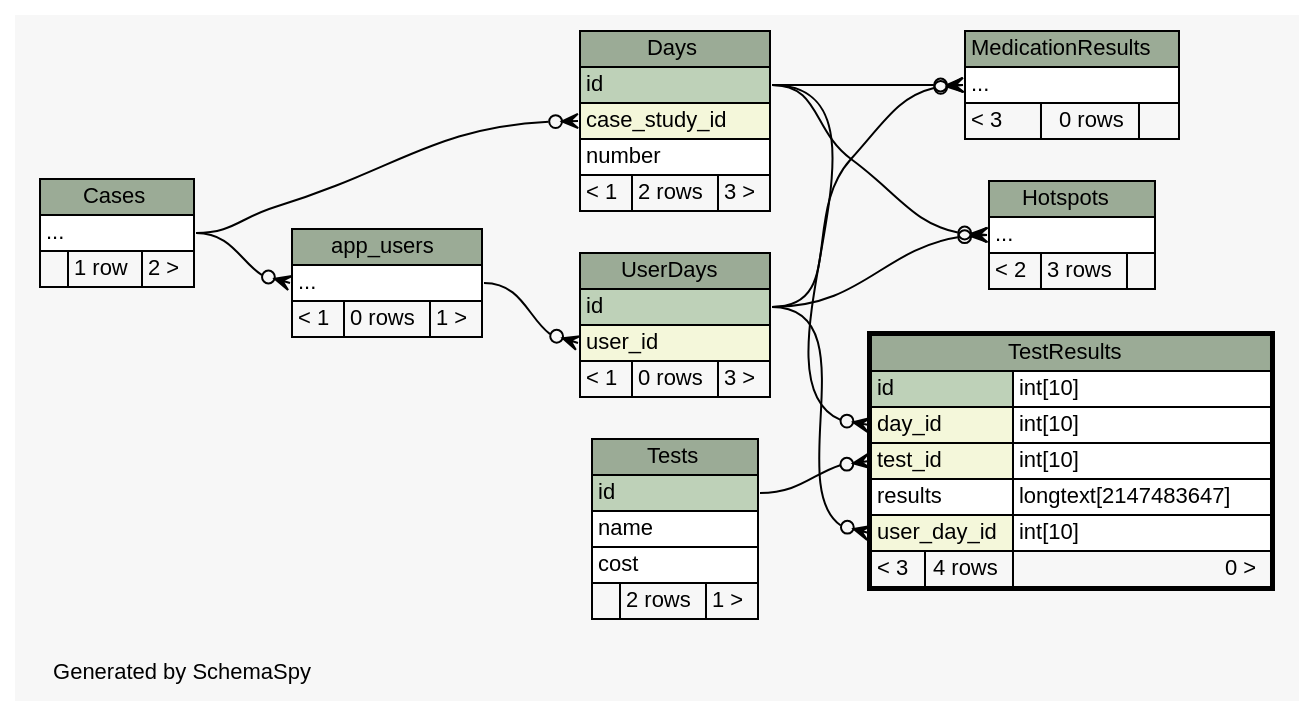
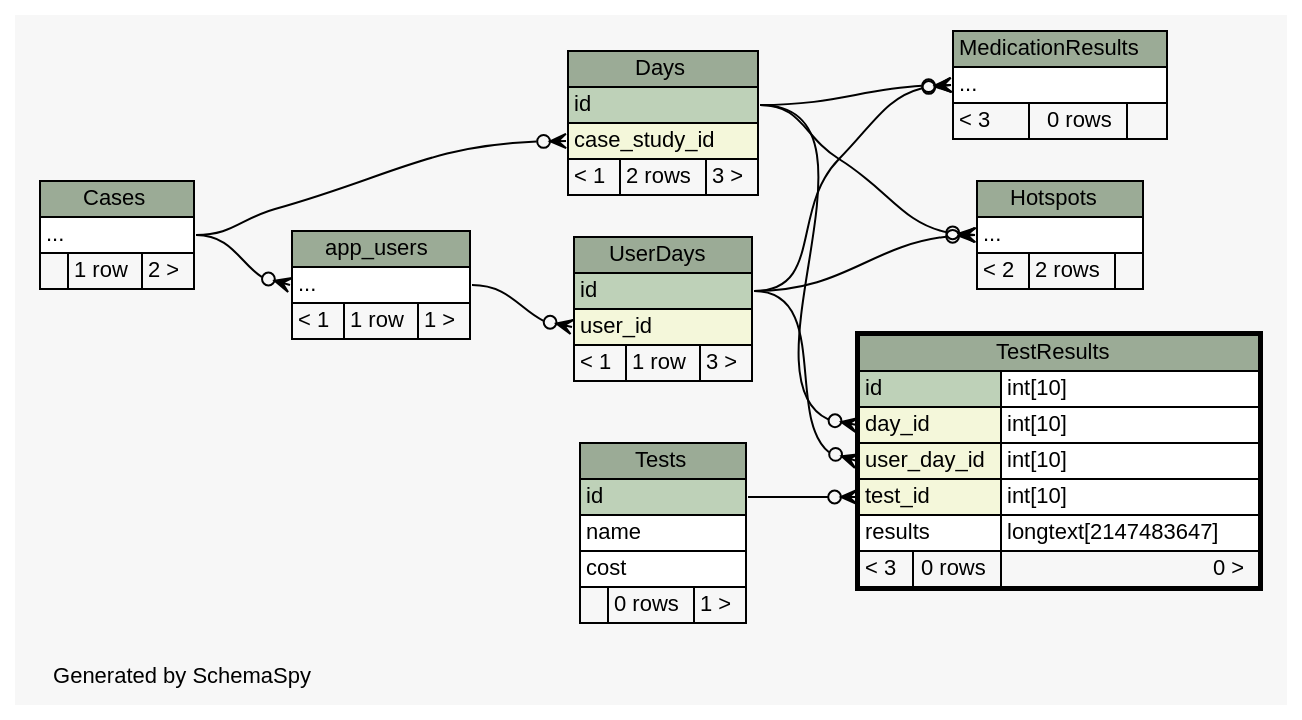
One commit to carrel2/CaseStudies changed the diagram in web/files/schema/diagrams/TestResults.2degrees.dot. Above: the diagram before and after it, drawn with Graphviz. The commit also changed 75 other files, not shown here.

```diff
--- a/web/files/schema/diagrams/TestResults.2degrees.dot
+++ b/web/files/schema/diagrams/TestResults.2degrees.dot
@@ -1,121 +1,120 @@
 // dot 2.38.0 on Linux 4.4.0-64-generic
 // SchemaSpy rev 590
 digraph "twoDegreesRelationshipsDiagram" {
   graph [
     rankdir="RL"
     bgcolor="#f7f7f7"
     label="\nGenerated by SchemaSpy"
     labeljust="l"
     nodesep="0.18"
     ranksep="0.46"
     fontname="Helvetica"
     fontsize="11"
   ];
   node [
     fontname="Helvetica"
     fontsize="11"
     shape="plaintext"
   ];
   edge [
     arrowsize="0.8"
   ];
   "app_users":"elipses":w -> "Cases":"elipses":e [arrowhead=none dir=back arrowtail=crowodot];
   "Days":"case_study_id":w -> "Cases":"elipses":e [arrowhead=none dir=back arrowtail=crowodot];
   "Hotspots":"elipses":w -> "Days":"id":e [arrowhead=none dir=back arrowtail=crowodot];
   "Hotspots":"elipses":w -> "UserDays":"id":e [arrowhead=none dir=back arrowtail=crowodot];
   "MedicationResults":"elipses":w -> "Days":"id":e [arrowhead=none dir=back arrowtail=crowodot];
   "MedicationResults":"elipses":w -> "UserDays":"id":e [arrowhead=none dir=back arrowtail=crowodot];
   "TestResults":"day_id":w -> "Days":"id":e [arrowhead=none dir=back arrowtail=crowodot];
   "TestResults":"test_id":w -> "Tests":"id":e [arrowhead=none dir=back arrowtail=crowodot];
   "TestResults":"user_day_id":w -> "UserDays":"id":e [arrowhead=none dir=back arrowtail=crowodot];
   "UserDays":"user_id":w -> "app_users":"elipses":e [arrowhead=none dir=back arrowtail=crowodot];
   "app_users" [
     label=<
     <TABLE BORDER="0" CELLBORDER="1" CELLSPACING="0" BGCOLOR="#ffffff">
       <TR><TD COLSPAN="3" BGCOLOR="#9bab96" ALIGN="CENTER">app_users</TD></TR>
       <TR><TD PORT="elipses" COLSPAN="3" ALIGN="LEFT">...</TD></TR>
-      <TR><TD ALIGN="LEFT" BGCOLOR="#f7f7f7">&lt; 1</TD><TD ALIGN="RIGHT" BGCOLOR="#f7f7f7">0 rows</TD><TD ALIGN="RIGHT" BGCOLOR="#f7f7f7">1 &gt;</TD></TR>
+      <TR><TD ALIGN="LEFT" BGCOLOR="#f7f7f7">&lt; 1</TD><TD ALIGN="RIGHT" BGCOLOR="#f7f7f7">1 row</TD><TD ALIGN="RIGHT" BGCOLOR="#f7f7f7">1 &gt;</TD></TR>
     </TABLE>>
     URL="app_users.html"
     tooltip="app_users"
   ];
   "Cases" [
     label=<
     <TABLE BORDER="0" CELLBORDER="1" CELLSPACING="0" BGCOLOR="#ffffff">
       <TR><TD COLSPAN="3" BGCOLOR="#9bab96" ALIGN="CENTER">Cases</TD></TR>
       <TR><TD PORT="elipses" COLSPAN="3" ALIGN="LEFT">...</TD></TR>
       <TR><TD ALIGN="LEFT" BGCOLOR="#f7f7f7">  </TD><TD ALIGN="RIGHT" BGCOLOR="#f7f7f7">1 row</TD><TD ALIGN="RIGHT" BGCOLOR="#f7f7f7">2 &gt;</TD></TR>
     </TABLE>>
     URL="Cases.html"
     tooltip="Cases"
   ];
   "Days" [
     label=<
     <TABLE BORDER="0" CELLBORDER="1" CELLSPACING="0" BGCOLOR="#ffffff">
       <TR><TD COLSPAN="3" BGCOLOR="#9bab96" ALIGN="CENTER">Days</TD></TR>
       <TR><TD PORT="id" COLSPAN="3" BGCOLOR="#bed1b8" ALIGN="LEFT">id</TD></TR>
       <TR><TD PORT="case_study_id" COLSPAN="3" BGCOLOR="#f4f7da" ALIGN="LEFT">case_study_id</TD></TR>
-      <TR><TD PORT="number" COLSPAN="3" ALIGN="LEFT">number</TD></TR>
       <TR><TD ALIGN="LEFT" BGCOLOR="#f7f7f7">&lt; 1</TD><TD ALIGN="RIGHT" BGCOLOR="#f7f7f7">2 rows</TD><TD ALIGN="RIGHT" BGCOLOR="#f7f7f7">3 &gt;</TD></TR>
     </TABLE>>
     URL="Days.html"
     tooltip="Days"
   ];
   "Hotspots" [
     label=<
     <TABLE BORDER="0" CELLBORDER="1" CELLSPACING="0" BGCOLOR="#ffffff">
       <TR><TD COLSPAN="3" BGCOLOR="#9bab96" ALIGN="CENTER">Hotspots</TD></TR>
       <TR><TD PORT="elipses" COLSPAN="3" ALIGN="LEFT">...</TD></TR>
-      <TR><TD ALIGN="LEFT" BGCOLOR="#f7f7f7">&lt; 2</TD><TD ALIGN="RIGHT" BGCOLOR="#f7f7f7">3 rows</TD><TD ALIGN="RIGHT" BGCOLOR="#f7f7f7">  </TD></TR>
+      <TR><TD ALIGN="LEFT" BGCOLOR="#f7f7f7">&lt; 2</TD><TD ALIGN="RIGHT" BGCOLOR="#f7f7f7">2 rows</TD><TD ALIGN="RIGHT" BGCOLOR="#f7f7f7">  </TD></TR>
     </TABLE>>
     URL="Hotspots.html"
     tooltip="Hotspots"
   ];
   "MedicationResults" [
     label=<
     <TABLE BORDER="0" CELLBORDER="1" CELLSPACING="0" BGCOLOR="#ffffff">
       <TR><TD COLSPAN="3" BGCOLOR="#9bab96" ALIGN="CENTER">MedicationResults</TD></TR>
       <TR><TD PORT="elipses" COLSPAN="3" ALIGN="LEFT">...</TD></TR>
       <TR><TD ALIGN="LEFT" BGCOLOR="#f7f7f7">&lt; 3</TD><TD ALIGN="RIGHT" BGCOLOR="#f7f7f7">0 rows</TD><TD ALIGN="RIGHT" BGCOLOR="#f7f7f7">  </TD></TR>
     </TABLE>>
     URL="MedicationResults.html"
     tooltip="MedicationResults"
   ];
   "TestResults" [
     label=<
     <TABLE BORDER="2" CELLBORDER="1" CELLSPACING="0" BGCOLOR="#ffffff">
       <TR><TD COLSPAN="3" BGCOLOR="#9bab96" ALIGN="CENTER">TestResults</TD></TR>
       <TR><TD PORT="id" COLSPAN="2" BGCOLOR="#bed1b8" ALIGN="LEFT">id</TD><TD PORT="id.type" ALIGN="LEFT">int[10]</TD></TR>
       <TR><TD PORT="day_id" COLSPAN="2" BGCOLOR="#f4f7da" ALIGN="LEFT">day_id</TD><TD PORT="day_id.type" ALIGN="LEFT">int[10]</TD></TR>
+      <TR><TD PORT="user_day_id" COLSPAN="2" BGCOLOR="#f4f7da" ALIGN="LEFT">user_day_id</TD><TD PORT="user_day_id.type" ALIGN="LEFT">int[10]</TD></TR>
       <TR><TD PORT="test_id" COLSPAN="2" BGCOLOR="#f4f7da" ALIGN="LEFT">test_id</TD><TD PORT="test_id.type" ALIGN="LEFT">int[10]</TD></TR>
       <TR><TD PORT="results" COLSPAN="2" ALIGN="LEFT">results</TD><TD PORT="results.type" ALIGN="LEFT">longtext[2147483647]</TD></TR>
-      <TR><TD PORT="user_day_id" COLSPAN="2" BGCOLOR="#f4f7da" ALIGN="LEFT">user_day_id</TD><TD PORT="user_day_id.type" ALIGN="LEFT">int[10]</TD></TR>
-      <TR><TD ALIGN="LEFT" BGCOLOR="#f7f7f7">&lt; 3</TD><TD ALIGN="RIGHT" BGCOLOR="#f7f7f7">4 rows</TD><TD ALIGN="RIGHT" BGCOLOR="#f7f7f7">0 &gt;</TD></TR>
+      <TR><TD ALIGN="LEFT" BGCOLOR="#f7f7f7">&lt; 3</TD><TD ALIGN="RIGHT" BGCOLOR="#f7f7f7">0 rows</TD><TD ALIGN="RIGHT" BGCOLOR="#f7f7f7">0 &gt;</TD></TR>
     </TABLE>>
     URL="TestResults.html"
     tooltip="TestResults"
   ];
   "Tests" [
     label=<
     <TABLE BORDER="0" CELLBORDER="1" CELLSPACING="0" BGCOLOR="#ffffff">
       <TR><TD COLSPAN="3" BGCOLOR="#9bab96" ALIGN="CENTER">Tests</TD></TR>
       <TR><TD PORT="id" COLSPAN="3" BGCOLOR="#bed1b8" ALIGN="LEFT">id</TD></TR>
       <TR><TD PORT="name" COLSPAN="3" ALIGN="LEFT">name</TD></TR>
       <TR><TD PORT="cost" COLSPAN="3" ALIGN="LEFT">cost</TD></TR>
-      <TR><TD ALIGN="LEFT" BGCOLOR="#f7f7f7">  </TD><TD ALIGN="RIGHT" BGCOLOR="#f7f7f7">2 rows</TD><TD ALIGN="RIGHT" BGCOLOR="#f7f7f7">1 &gt;</TD></TR>
+      <TR><TD ALIGN="LEFT" BGCOLOR="#f7f7f7">  </TD><TD ALIGN="RIGHT" BGCOLOR="#f7f7f7">0 rows</TD><TD ALIGN="RIGHT" BGCOLOR="#f7f7f7">1 &gt;</TD></TR>
     </TABLE>>
     URL="Tests.html"
     tooltip="Tests"
   ];
   "UserDays" [
     label=<
     <TABLE BORDER="0" CELLBORDER="1" CELLSPACING="0" BGCOLOR="#ffffff">
       <TR><TD COLSPAN="3" BGCOLOR="#9bab96" ALIGN="CENTER">UserDays</TD></TR>
       <TR><TD PORT="id" COLSPAN="3" BGCOLOR="#bed1b8" ALIGN="LEFT">id</TD></TR>
       <TR><TD PORT="user_id" COLSPAN="3" BGCOLOR="#f4f7da" ALIGN="LEFT">user_id</TD></TR>
-      <TR><TD ALIGN="LEFT" BGCOLOR="#f7f7f7">&lt; 1</TD><TD ALIGN="RIGHT" BGCOLOR="#f7f7f7">0 rows</TD><TD ALIGN="RIGHT" BGCOLOR="#f7f7f7">3 &gt;</TD></TR>
+      <TR><TD ALIGN="LEFT" BGCOLOR="#f7f7f7">&lt; 1</TD><TD ALIGN="RIGHT" BGCOLOR="#f7f7f7">1 row</TD><TD ALIGN="RIGHT" BGCOLOR="#f7f7f7">3 &gt;</TD></TR>
     </TABLE>>
     URL="UserDays.html"
     tooltip="UserDays"
   ];
 }
```
